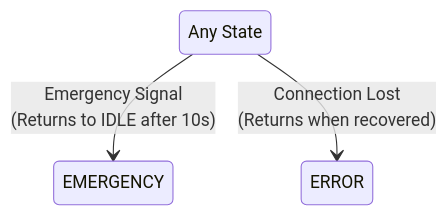
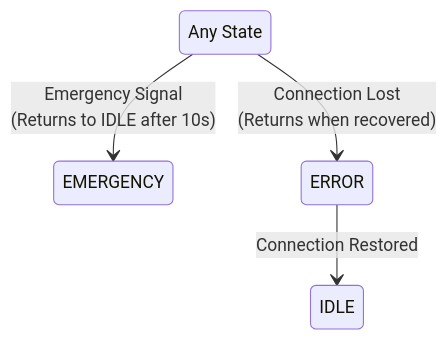
Before and after one commit to KalebCole/Campus-Security-and-Evacuation-System: the second of 2 diagrams in ESP32-Arduino-Framework-NOFACEDETECTIOn/README.md, drawn with Mermaid. The commit also changed other lines of this file and 10 other files, not shown here.

````diff
--- a/ESP32-Arduino-Framework-NOFACEDETECTIOn/README.md
+++ b/ESP32-Arduino-Framework-NOFACEDETECTIOn/README.md
@@ -48,9 +56,10 @@
 ```mermaid
 stateDiagram-v2
     state "Any State" as ANY
     state EMERGENCY
     state ERROR
 
     ANY --> EMERGENCY: Emergency Signal<br/>(Returns to IDLE after 10s)
     ANY --> ERROR: Connection Lost<br/>(Returns when recovered)
+    ERROR --> IDLE: Connection Restored
 ```
````
